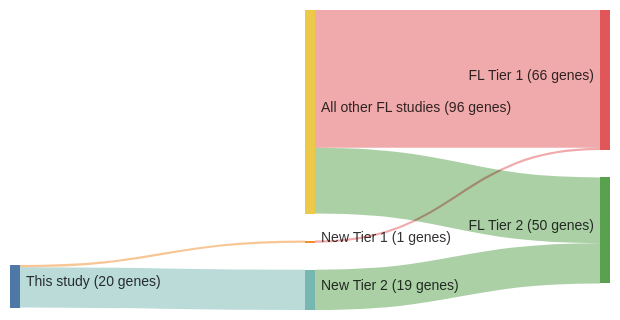
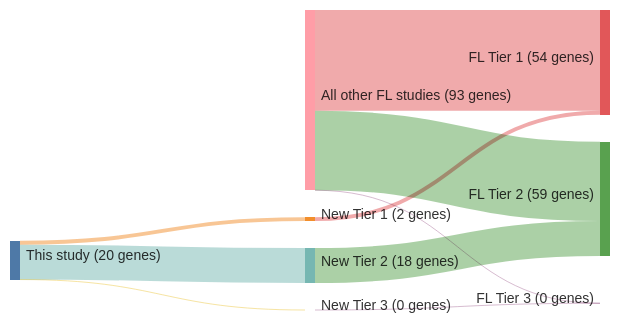
The diagram in papers/russler-germainMutationsAssociatedProgression2023.md (morinlab/lymphopedia), drawn with Mermaid before and after one commit. The commit also changed other lines of this file and 81 other files, not shown here.

````diff
--- a/papers/russler-germainMutationsAssociatedProgression2023.md
+++ b/papers/russler-germainMutationsAssociatedProgression2023.md
@@ -12,20 +12,23 @@
 ```mermaid
 ---
 config:
     sankey:
         showValues: true
         linkColor: target
         width: 600
         height: 300
         nodeAlignment: right
         prefix: '('
         suffix: ' genes)'
 ---
 sankey-beta
-This study, New Tier 1, 1
-New Tier 1, FL Tier 1, 1
-This study, New Tier 2, 19
-New Tier 2, FL Tier 2, 19
-All other FL studies, FL Tier 1, 65
-All other FL studies, FL Tier 2, 31
+This study, New Tier 1, 2
+New Tier 1, FL Tier 1, 2
+This study, New Tier 2, 18
+New Tier 2, FL Tier 2, 18
+This study, New Tier 3, 0
+New Tier 3, FL Tier 3, 0
+All other FL studies, FL Tier 1, 52
+All other FL studies, FL Tier 2, 41
+All other FL studies, FL Tier 3, 0
 ```
````
